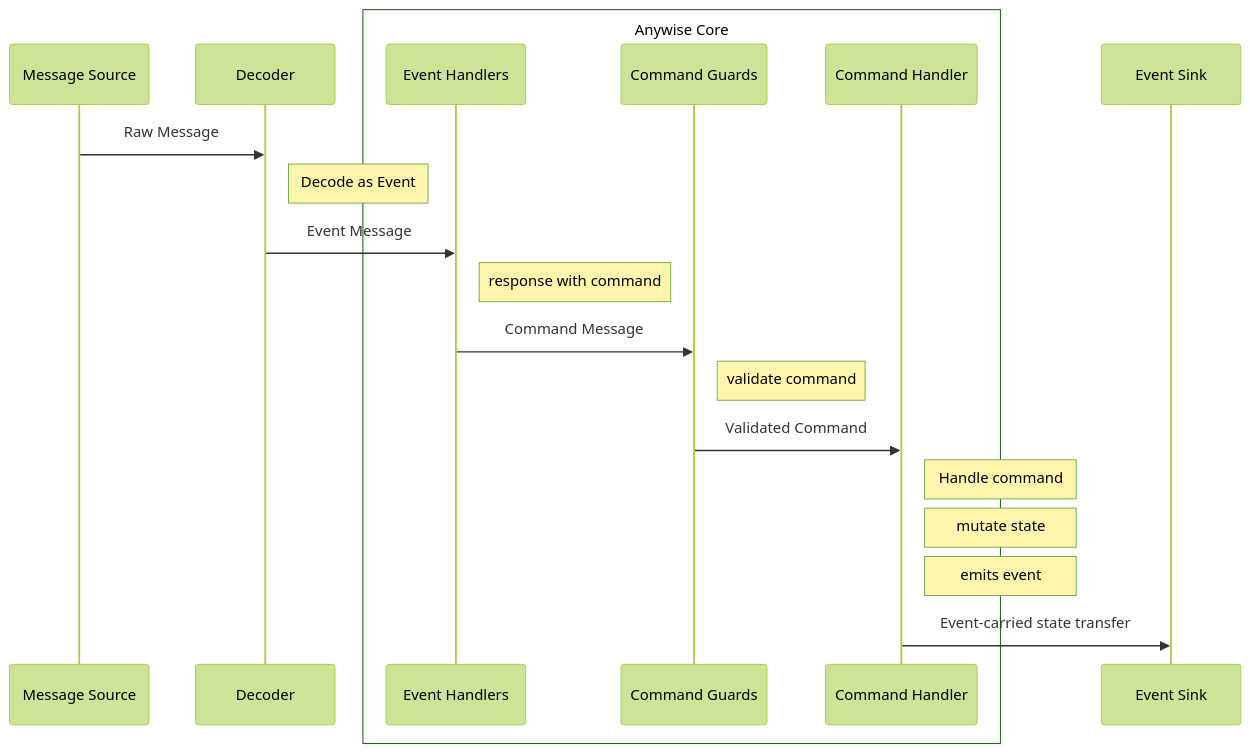
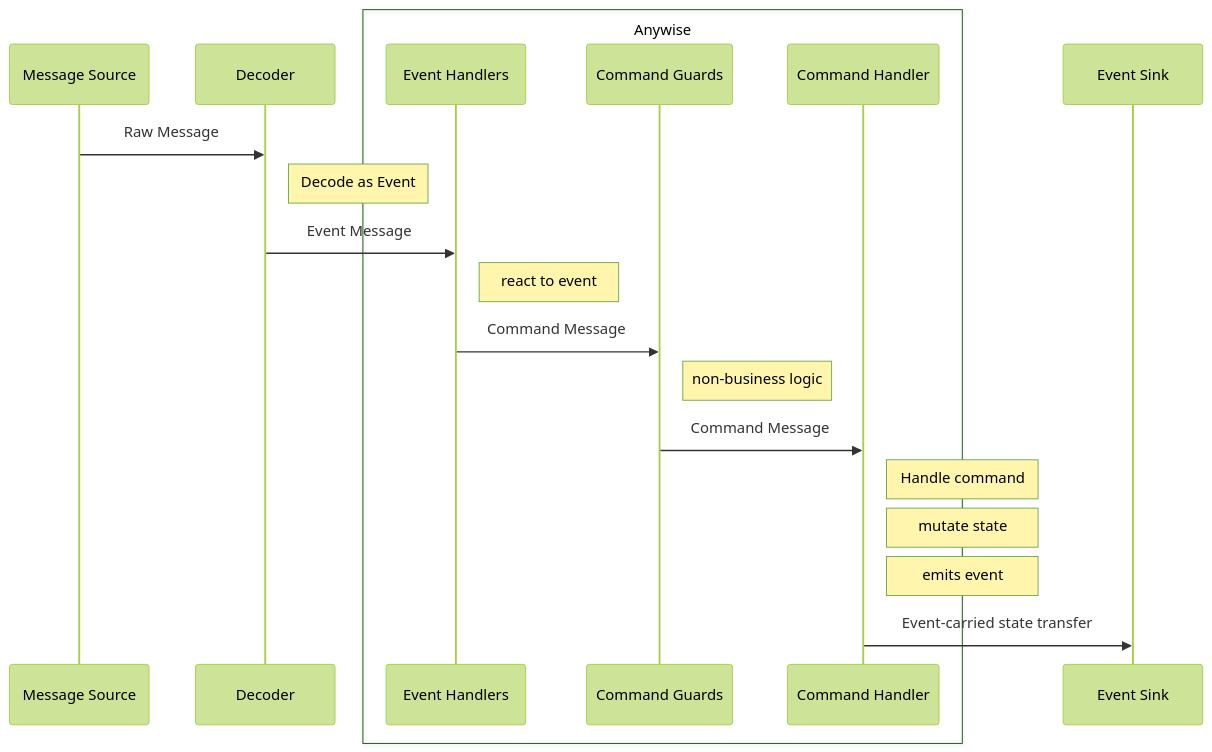
The second of 2 diagrams in docs/microservice.md (raceychan/anywise), drawn with Mermaid (forest theme) before and after one commit. The commit also changed other lines of this file and 19 other files, not shown here.

````diff
--- a/docs/microservice.md
+++ b/docs/microservice.md
@@ -65,23 +65,23 @@
 ```mermaid
 sequenceDiagram
     participant MS as Message Source
     participant D as Decoder
-    box Anywise Core
+    box Anywise
         participant EH as Event Handlers
         participant CG as Command Guards
         participant CH as Command Handler
     end
     participant ES as Event Sink
 
     MS->>D: Raw Message
     Note right of D: Decode as Event
     D->>EH: Event Message
-    Note right of EH: response with command
+    Note right of EH: react to event
     EH->>CG: Command Message
-    Note right of CG: validate command
-    CG->>CH: Validated Command
+    Note right of CG: non-business logic
+    CG->>CH: Command Message
     Note right of CH: Handle command
     Note right of CH: mutate state
     Note right of CH: emits event
     CH->>ES: Event-carried state transfer
 ```
````
